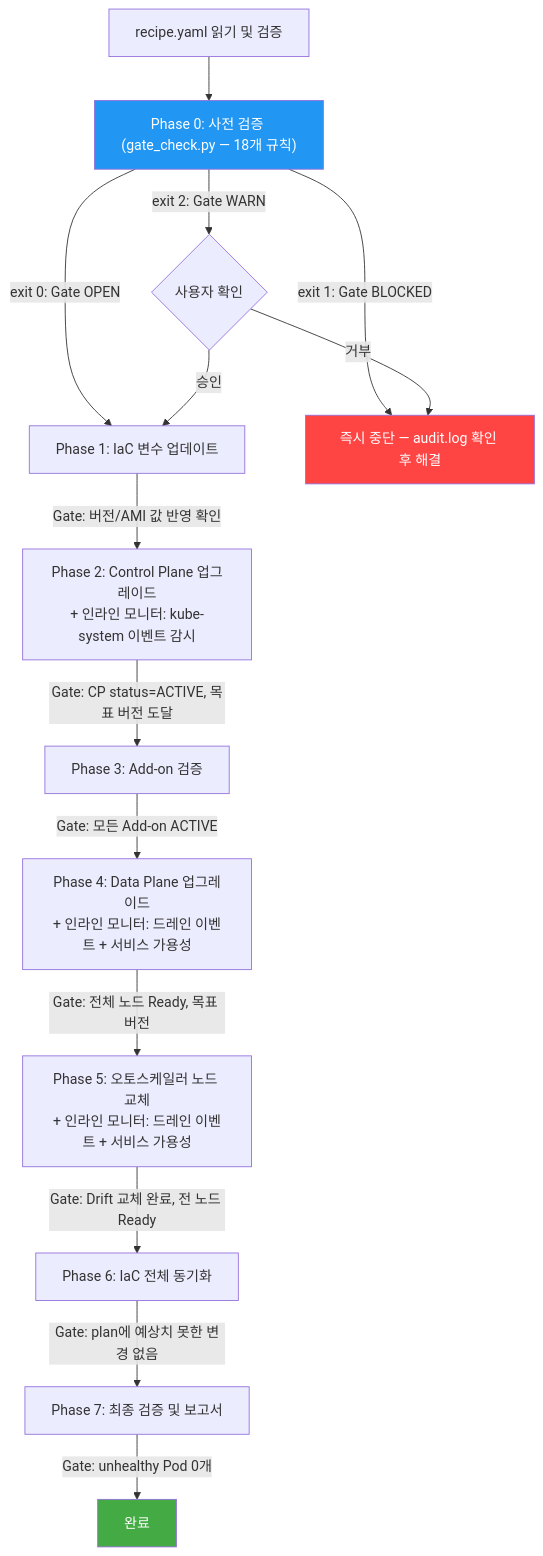
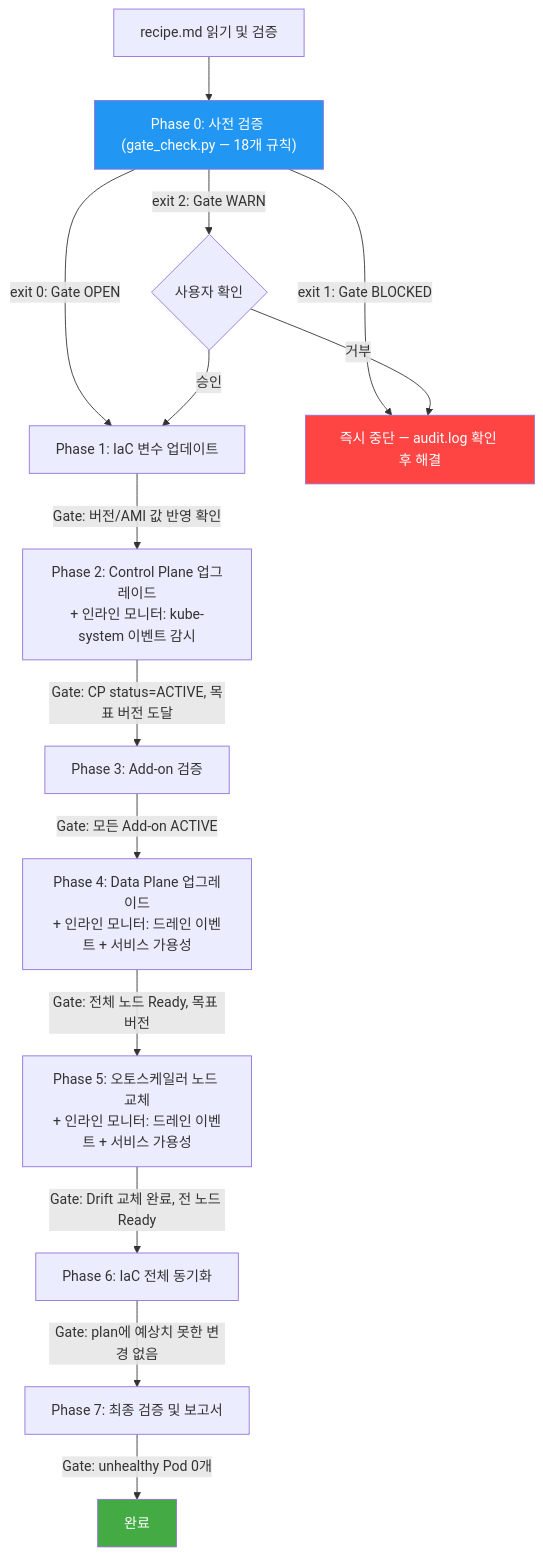
Before and after one commit to HaeDalWang/k8s-upgrade-skills: the diagram in README.md, drawn with Mermaid. The commit also changed other lines of this file and 21 other files, not shown here.

````diff
--- a/README.md
+++ b/README.md
@@ -229,20 +227,20 @@
 ```mermaid
 graph TD
-    A[recipe.yaml 읽기 및 검증] --> B0["Phase 0: 사전 검증 (gate_check.py — 18개 규칙)"]
+    A[recipe.md 읽기 및 검증] --> B0["Phase 0: 사전 검증 (gate_check.py — 18개 규칙)"]
     B0 -- "exit 0: Gate OPEN" --> C[Phase 1: IaC 변수 업데이트]
     B0 -- "exit 1: Gate BLOCKED" --> STOP[즉시 중단 — audit.log 확인 후 해결]
     B0 -- "exit 2: Gate WARN" --> USER_CONFIRM{사용자 확인}
     USER_CONFIRM -- "승인" --> C
     USER_CONFIRM -- "거부" --> STOP
     C -- "Gate: 버전/AMI 값 반영 확인" --> D["Phase 2: Control Plane 업그레이드\n+ 인라인 모니터: kube-system 이벤트 감시"]
     D -- "Gate: CP status=ACTIVE, 목표 버전 도달" --> E[Phase 3: Add-on 검증]
     E -- "Gate: 모든 Add-on ACTIVE" --> F["Phase 4: Data Plane 업그레이드\n+ 인라인 모니터: 드레인 이벤트 + 서비스 가용성"]
     F -- "Gate: 전체 노드 Ready, 목표 버전" --> G["Phase 5: 오토스케일러 노드 교체\n+ 인라인 모니터: 드레인 이벤트 + 서비스 가용성"]
     G -- "Gate: Drift 교체 완료, 전 노드 Ready" --> H[Phase 6: IaC 전체 동기화]
     H -- "Gate: plan에 예상치 못한 변경 없음" --> I[Phase 7: 최종 검증 및 보고서]
     I -- "Gate: unhealthy Pod 0개" --> J[완료]
 
     style STOP fill:#f44,color:#fff
     style J fill:#4a4,color:#fff
     style B0 fill:#2196F3,color:#fff
 ```
````
